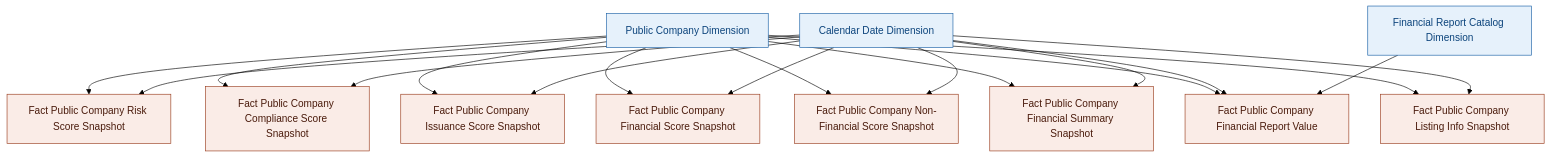
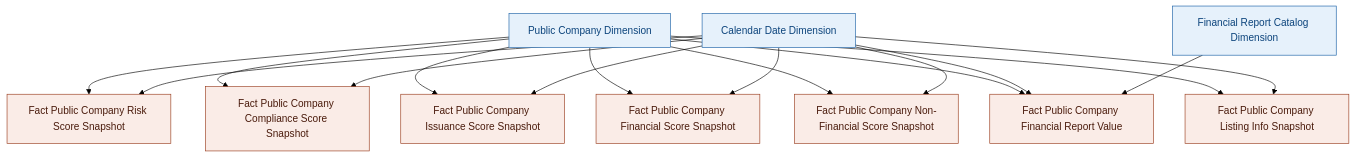
Diagram 21 of 21 in Datamart/hld/DTM_GSDC_HLD.md (linhlvit/ubck_atomic_design), drawn with Mermaid (forest theme) before and after one commit. The commit also changed other lines of this file and 19 other files, not shown here.

````diff
--- a/Datamart/hld/DTM_GSDC_HLD.md
+++ b/Datamart/hld/DTM_GSDC_HLD.md
@@ -2230,36 +2258,33 @@
 ```mermaid
 graph TB
     classDef dim fill:#E6F1FB,stroke:#185FA5,color:#0C447C
     classDef fact fill:#FAECE7,stroke:#993C1D,color:#4A1B0C
 
     DIM_CO["Public Company Dimension"]:::dim
     DIM_DATE["Calendar Date Dimension"]:::dim
     DIM_CTLG["Financial Report Catalog Dimension"]:::dim
 
     FACT_RISK["Fact Public Company Risk Score Snapshot"]:::fact
     FACT_COMP["Fact Public Company Compliance Score Snapshot"]:::fact
     FACT_ISS["Fact Public Company Issuance Score Snapshot"]:::fact
     FACT_FIN["Fact Public Company Financial Score Snapshot"]:::fact
     FACT_NONFIN["Fact Public Company Non-Financial Score Snapshot"]:::fact
-    FACT_SUMRY["Fact Public Company Financial Summary Snapshot"]:::fact
     FACT_RPTVAL["Fact Public Company Financial Report Value"]:::fact
     FACT_LIST["Fact Public Company Listing Info Snapshot"]:::fact
 
     DIM_CO --> FACT_RISK
     DIM_DATE --> FACT_RISK
     DIM_CO --> FACT_COMP
     DIM_DATE --> FACT_COMP
     DIM_CO --> FACT_ISS
     DIM_DATE --> FACT_ISS
     DIM_CO --> FACT_FIN
     DIM_DATE --> FACT_FIN
     DIM_CO --> FACT_NONFIN
     DIM_DATE --> FACT_NONFIN
-    DIM_CO --> FACT_SUMRY
-    DIM_DATE --> FACT_SUMRY
     DIM_CO --> FACT_RPTVAL
     DIM_DATE --> FACT_RPTVAL
     DIM_CTLG --> FACT_RPTVAL
     DIM_CO --> FACT_LIST
     DIM_DATE --> FACT_LIST
 ```
````
